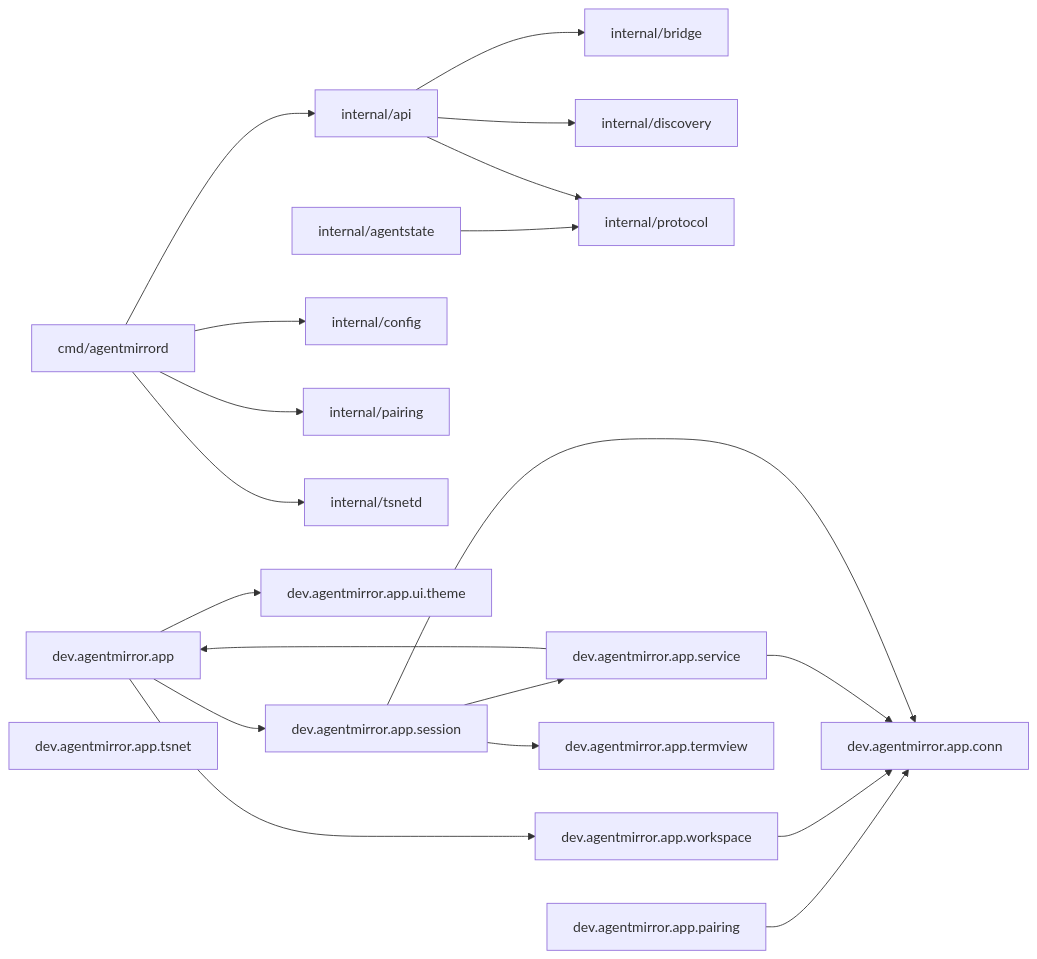
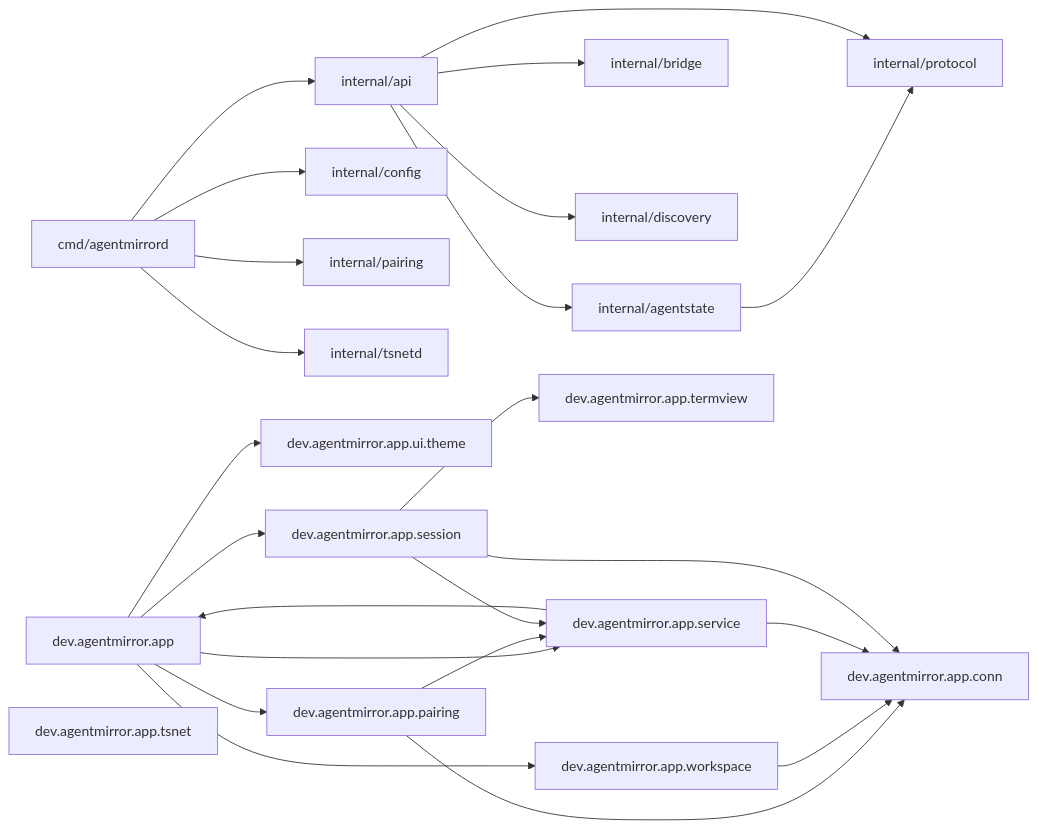
One commit to Florious95/corral-core changed the diagram in docs/wiki/README.md. Above: the diagram before and after it, drawn with Mermaid. The commit also changed other lines of this file and 11 other files, not shown here.

````diff
--- a/docs/wiki/README.md
+++ b/docs/wiki/README.md
@@ -17,39 +17,43 @@
 ```mermaid
 flowchart LR
     go_cmd_agentmirrord["cmd/agentmirrord"]
     go_internal_agentstate["internal/agentstate"]
     go_internal_api["internal/api"]
     go_internal_bridge["internal/bridge"]
     go_internal_config["internal/config"]
     go_internal_discovery["internal/discovery"]
     go_internal_pairing["internal/pairing"]
     go_internal_protocol["internal/protocol"]
     go_internal_tsnetd["internal/tsnetd"]
     kt_dev_agentmirror_app["dev.agentmirror.app"]
     kt_dev_agentmirror_app_ui_theme["dev.agentmirror.app.ui.theme"]
     kt_dev_agentmirror_app_pairing["dev.agentmirror.app.pairing"]
     kt_dev_agentmirror_app_workspace["dev.agentmirror.app.workspace"]
     kt_dev_agentmirror_app_termview["dev.agentmirror.app.termview"]
     kt_dev_agentmirror_app_service["dev.agentmirror.app.service"]
     kt_dev_agentmirror_app_tsnet["dev.agentmirror.app.tsnet"]
     kt_dev_agentmirror_app_conn["dev.agentmirror.app.conn"]
     kt_dev_agentmirror_app_session["dev.agentmirror.app.session"]
     go_cmd_agentmirrord --> go_internal_api
     go_cmd_agentmirrord --> go_internal_config
     go_cmd_agentmirrord --> go_internal_pairing
     go_cmd_agentmirrord --> go_internal_tsnetd
     go_internal_agentstate --> go_internal_protocol
+    go_internal_api --> go_internal_agentstate
     go_internal_api --> go_internal_bridge
     go_internal_api --> go_internal_discovery
     go_internal_api --> go_internal_protocol
+    kt_dev_agentmirror_app --> kt_dev_agentmirror_app_pairing
+    kt_dev_agentmirror_app --> kt_dev_agentmirror_app_service
     kt_dev_agentmirror_app --> kt_dev_agentmirror_app_session
     kt_dev_agentmirror_app --> kt_dev_agentmirror_app_ui_theme
     kt_dev_agentmirror_app --> kt_dev_agentmirror_app_workspace
     kt_dev_agentmirror_app_pairing --> kt_dev_agentmirror_app_conn
+    kt_dev_agentmirror_app_pairing --> kt_dev_agentmirror_app_service
     kt_dev_agentmirror_app_workspace --> kt_dev_agentmirror_app_conn
     kt_dev_agentmirror_app_service --> kt_dev_agentmirror_app
     kt_dev_agentmirror_app_service --> kt_dev_agentmirror_app_conn
     kt_dev_agentmirror_app_session --> kt_dev_agentmirror_app_conn
     kt_dev_agentmirror_app_session --> kt_dev_agentmirror_app_service
     kt_dev_agentmirror_app_session --> kt_dev_agentmirror_app_termview
 ```
````
